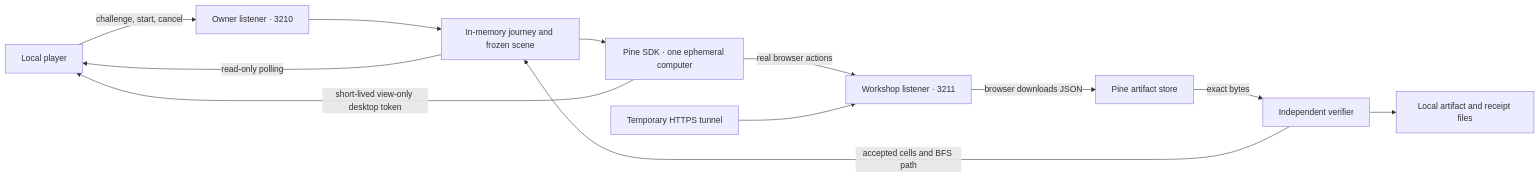
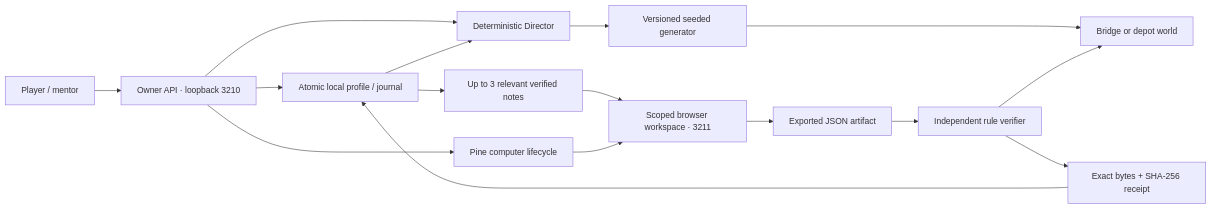
One commit to poudelsubhan/npc-exe changed the diagram in docs/system-design.md. Above: the diagram before and after it, drawn with Mermaid. The commit also changed other lines of this file and 16 other files, not shown here.

````diff
--- a/docs/system-design.md
+++ b/docs/system-design.md
@@ -5,14 +9,18 @@
 ```mermaid
 flowchart LR
-    P[Local player] -->|challenge, start, cancel| O[Owner listener · 3210]
-    O --> G[In-memory journey and frozen scene]
-    G --> A[Pine SDK · one ephemeral computer]
-    A -->|real browser actions| W[Workshop listener · 3211]
-    T[Temporary HTTPS tunnel] --> W
-    W -->|browser downloads JSON| F[Pine artifact store]
-    F -->|exact bytes| V[Independent verifier]
-    V -->|accepted cells and BFS path| G
-    G -->|read-only polling| P
-    A -->|short-lived view-only desktop token| P
-    V --> D[Local artifact and receipt files]
+  Player[Player / mentor] --> Owner[Owner API · loopback 3210]
+  Owner --> Director[Deterministic Director]
+  Director --> Generator[Versioned seeded generator]
+  Generator --> World[Bridge or depot world]
+  Owner --> Journal[Atomic local profile / journal]
+  Journal --> Context[Up to 3 relevant verified notes]
+  Owner --> Pine[Pine computer lifecycle]
+  Context --> Workshop[Scoped browser workspace · 3211]
+  Pine --> Workshop
+  Workshop --> Download[Exported JSON artifact]
+  Download --> Verifier[Independent rule verifier]
+  Verifier --> Evidence[Exact bytes + SHA-256 receipt]
+  Verifier --> World
+  Evidence --> Journal
+  Journal --> Director
 ```
````
